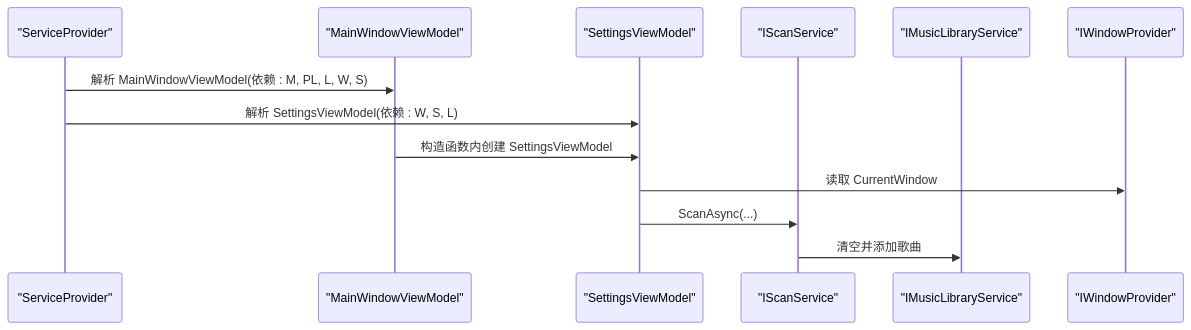
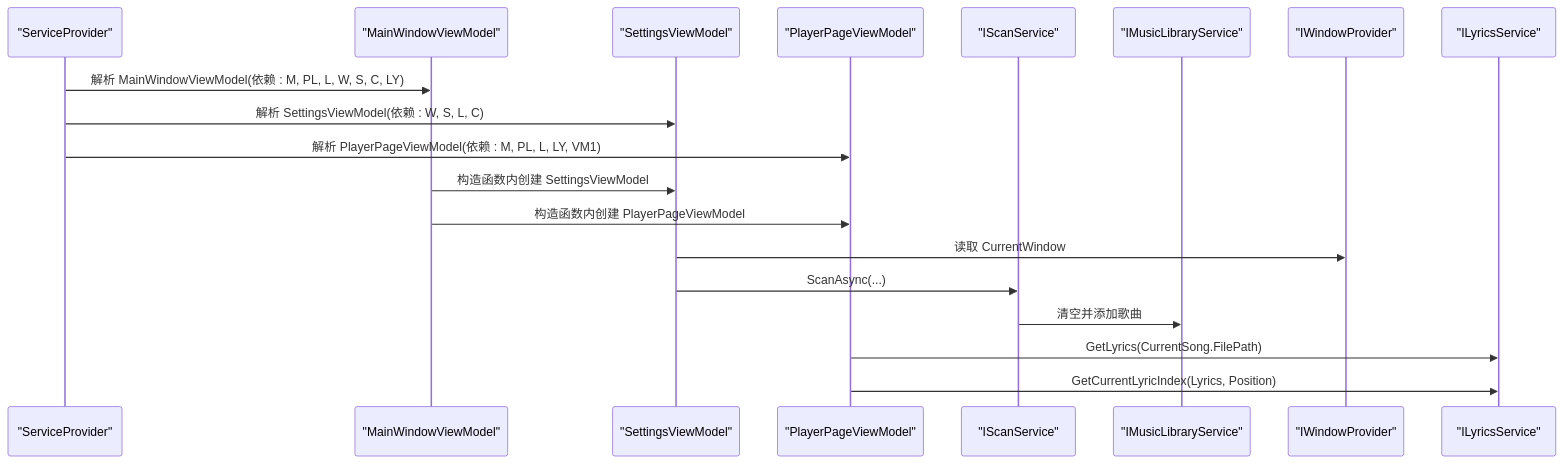
Before and after one commit to mariamjensen42-glitch/LocalMusicPlayer: the fourth of 6 diagrams in .qoder/repowiki/zh/content/架构设计/依赖注入容器.md, drawn with Mermaid. The commit also changed other lines of this file and 23 other files, not shown here.

````diff
--- a/.qoder/repowiki/zh/content/架构设计/依赖注入容器.md
+++ b/.qoder/repowiki/zh/content/架构设计/依赖注入容器.md
@@ -276,15 +312,21 @@
 ```mermaid
 sequenceDiagram
 participant SP as "ServiceProvider"
 participant VM1 as "MainWindowViewModel"
 participant VM2 as "SettingsViewModel"
+participant VM3 as "PlayerPageViewModel"
 participant S as "IScanService"
 participant L as "IMusicLibraryService"
 participant W as "IWindowProvider"
-SP->>VM1 : 解析 MainWindowViewModel(依赖 : M, PL, L, W, S)
-SP->>VM2 : 解析 SettingsViewModel(依赖 : W, S, L)
+participant LY as "ILyricsService"
+SP->>VM1 : 解析 MainWindowViewModel(依赖 : M, PL, L, W, S, C, LY)
+SP->>VM2 : 解析 SettingsViewModel(依赖 : W, S, L, C)
+SP->>VM3 : 解析 PlayerPageViewModel(依赖 : M, PL, L, LY, VM1)
 VM1->>VM2 : 构造函数内创建 SettingsViewModel
+VM1->>VM3 : 构造函数内创建 PlayerPageViewModel
 VM2->>W : 读取 CurrentWindow
 VM2->>S : ScanAsync(...)
 S->>L : 清空并添加歌曲
+VM3->>LY : GetLyrics(CurrentSong.FilePath)
+VM3->>LY : GetCurrentLyricIndex(Lyrics, Position)
 ```
````
